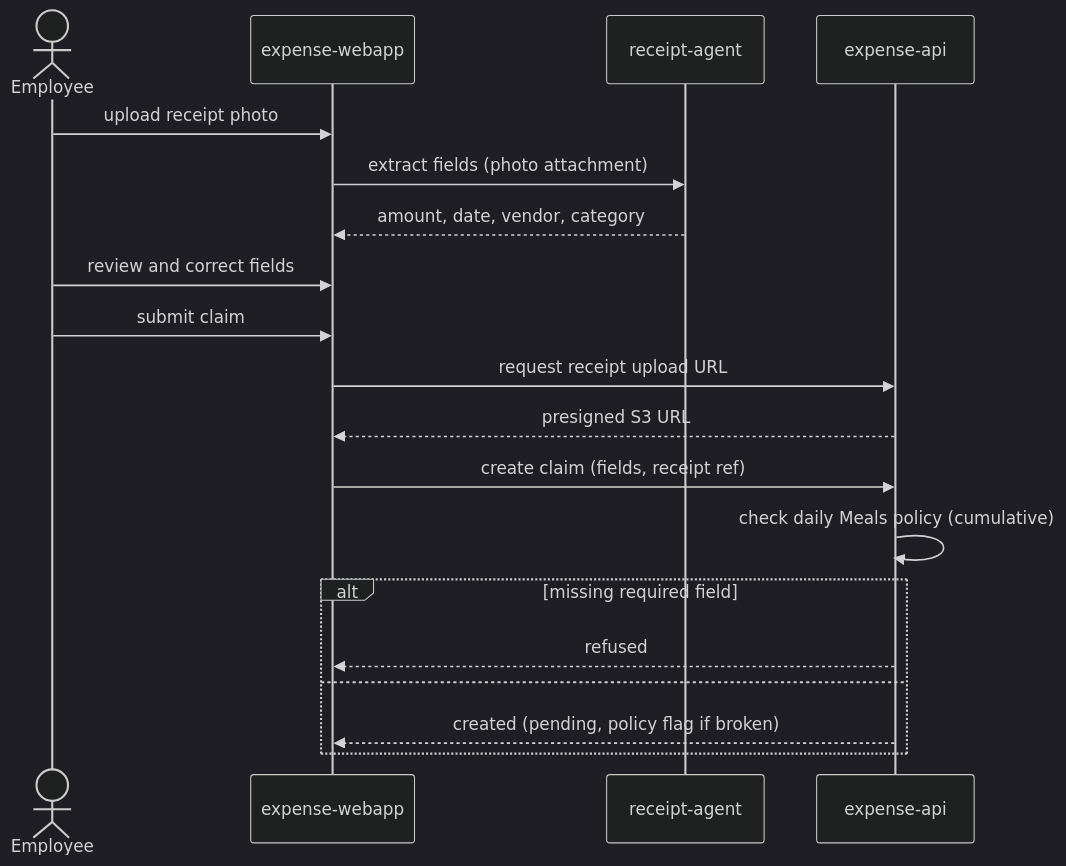
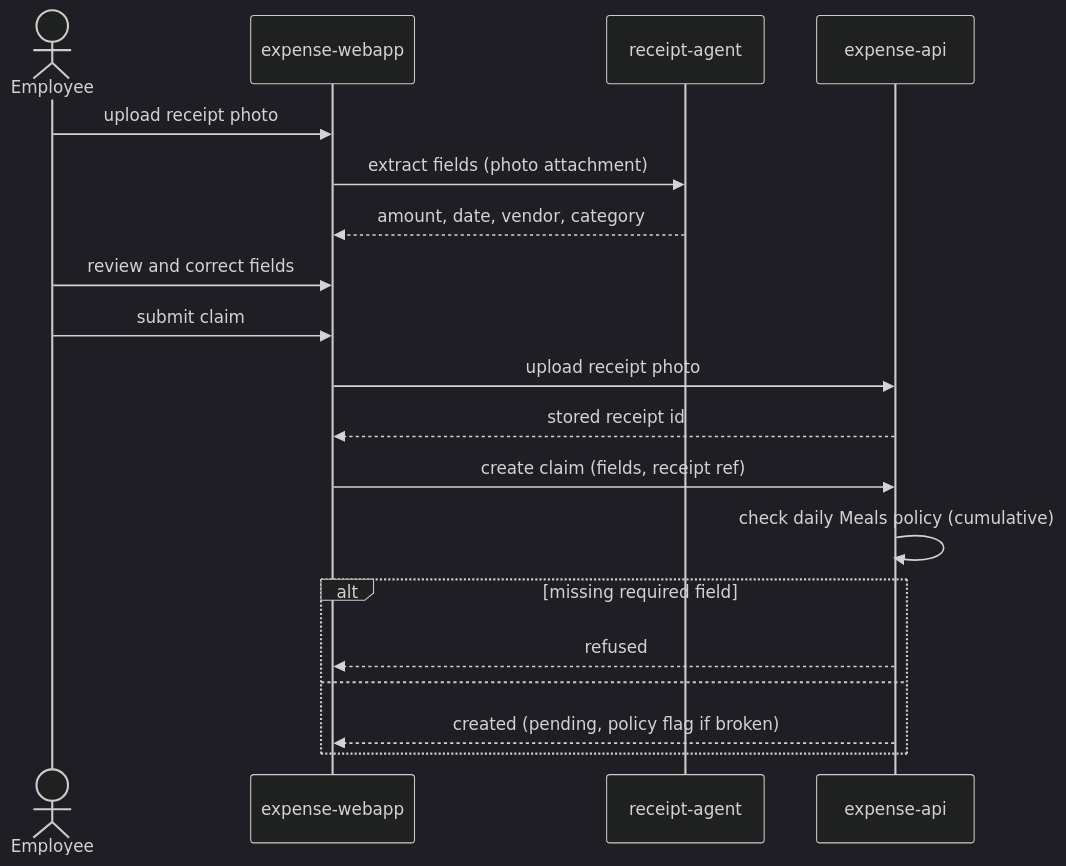
One commit to ae-demo/expense-claim-application changed the diagram in specs/design/flows/submit-expense-claim.md. Above: the diagram before and after it, drawn with Mermaid (dark theme). The commit also changed 1 other file, not shown here.

Commit message:
aep: apply file changes: collab session

````diff
--- a/specs/design/flows/submit-expense-claim.md
+++ b/specs/design/flows/submit-expense-claim.md
@@ -6,22 +6,22 @@
 ```mermaid
 sequenceDiagram
     actor Employee
     participant expense-webapp
     participant receipt-agent
     participant expense-api
 
     Employee->>expense-webapp: upload receipt photo
     expense-webapp->>receipt-agent: extract fields (photo attachment)
     receipt-agent-->>expense-webapp: amount, date, vendor, category
     Employee->>expense-webapp: review and correct fields
     Employee->>expense-webapp: submit claim
-    expense-webapp->>expense-api: request receipt upload URL
-    expense-api-->>expense-webapp: presigned S3 URL
+    expense-webapp->>expense-api: upload receipt photo
+    expense-api-->>expense-webapp: stored receipt id
     expense-webapp->>expense-api: create claim (fields, receipt ref)
     expense-api->>expense-api: check daily Meals policy (cumulative)
     alt missing required field
         expense-api-->>expense-webapp: refused
     else
         expense-api-->>expense-webapp: created (pending, policy flag if broken)
     end
 ```
````
